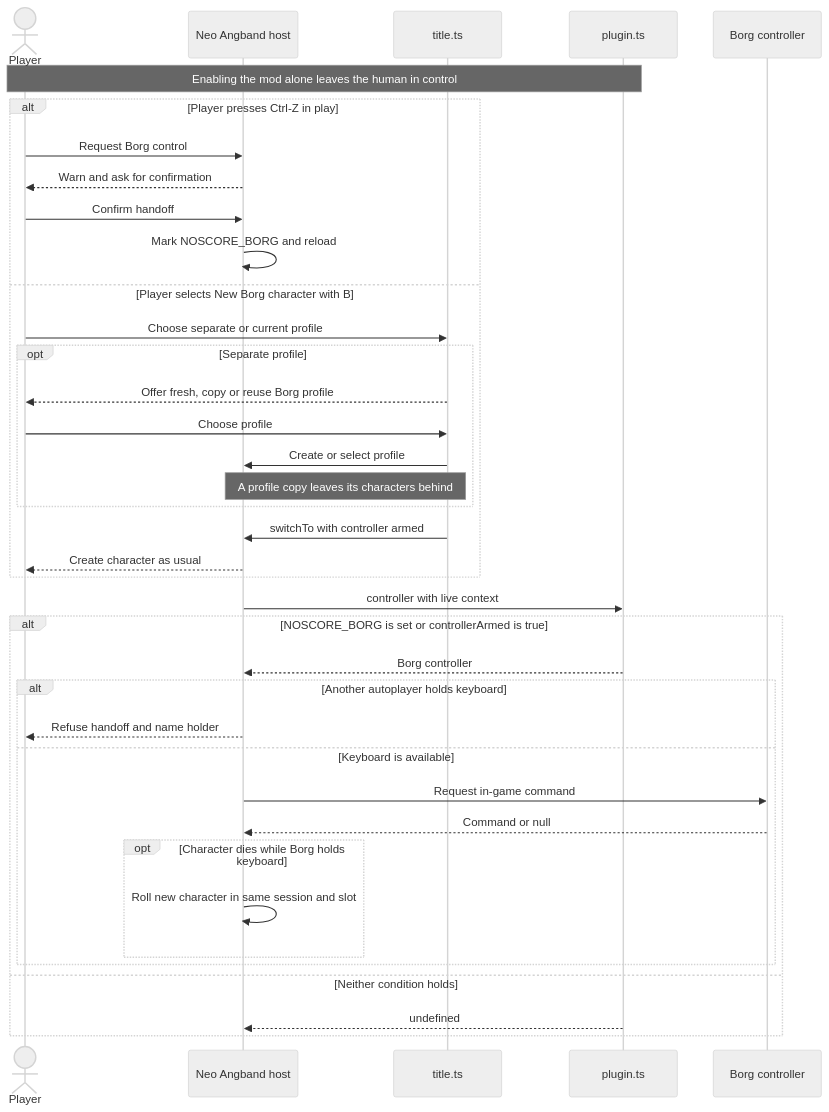
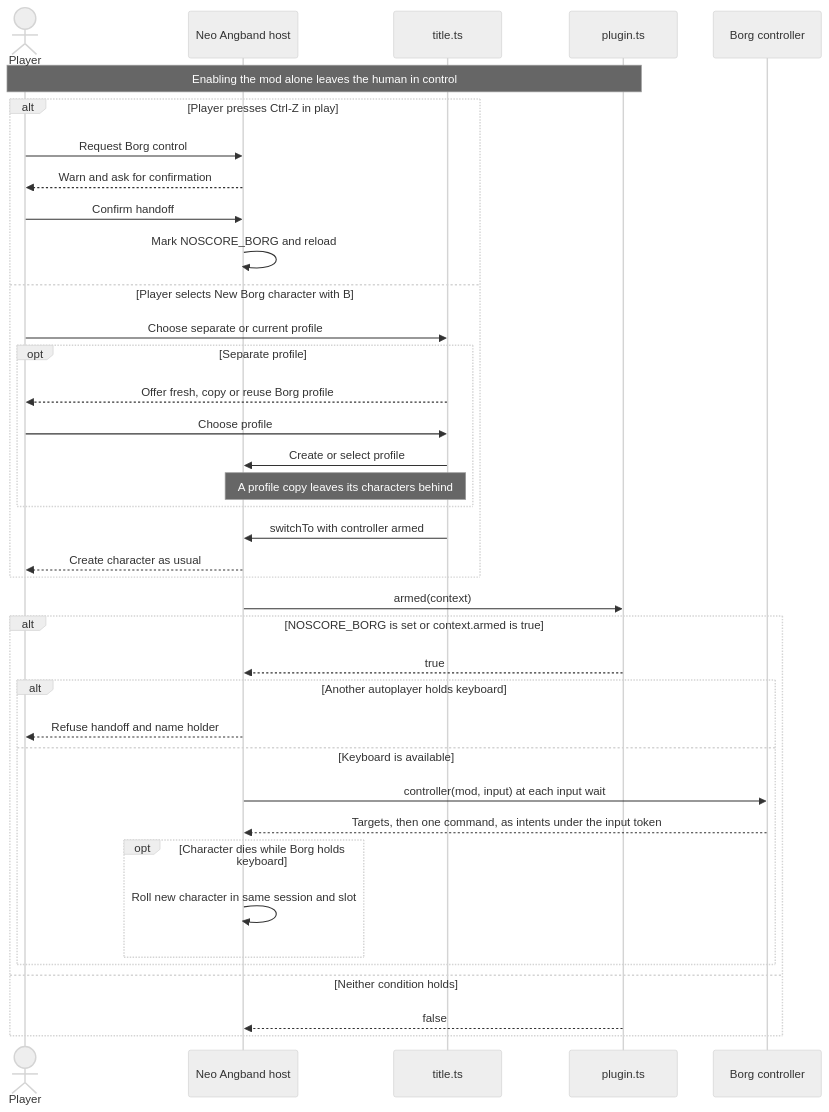
Before and after one commit to neostryder/neo-angband-mod-borg: the first of 4 diagrams in README.md, drawn with Mermaid (neutral theme). The commit also changed other lines of this file and 35 other files, not shown here.

First line of the commit message:
Run the Borg on mod API 2

````diff
--- a/README.md
+++ b/README.md
@@ -18,40 +18,40 @@
 ```mermaid
 sequenceDiagram
   actor Player
   participant Game as Neo Angband host
   participant TitleScreen as title.ts
   participant Plugin as plugin.ts
   participant Borg as Borg controller
   Note over Player,Plugin: Enabling the mod alone leaves the human in control
   alt Player presses Ctrl-Z in play
     Player->>Game: Request Borg control
     Game-->>Player: Warn and ask for confirmation
     Player->>Game: Confirm handoff
     Game->>Game: Mark NOSCORE_BORG and reload
   else Player selects New Borg character with B
     Player->>TitleScreen: Choose separate or current profile
     opt Separate profile
       TitleScreen-->>Player: Offer fresh, copy or reuse Borg profile
       Player->>TitleScreen: Choose profile
       TitleScreen->>Game: Create or select profile
       Note over TitleScreen,Game: A profile copy leaves its characters behind
     end
     TitleScreen->>Game: switchTo with controller armed
     Game-->>Player: Create character as usual
   end
-  Game->>Plugin: controller with live context
-  alt NOSCORE_BORG is set or controllerArmed is true
-    Plugin-->>Game: Borg controller
+  Game->>Plugin: armed(context)
+  alt NOSCORE_BORG is set or context.armed is true
+    Plugin-->>Game: true
     alt Another autoplayer holds keyboard
       Game-->>Player: Refuse handoff and name holder
     else Keyboard is available
-      Game->>Borg: Request in-game command
-      Borg-->>Game: Command or null
+      Game->>Borg: controller(mod, input) at each input wait
+      Borg-->>Game: Targets, then one command, as intents under the input token
       opt Character dies while Borg holds keyboard
         Game->>Game: Roll new character in same session and slot
       end
     end
   else Neither condition holds
-    Plugin-->>Game: undefined
+    Plugin-->>Game: false
   end
 ```
````
